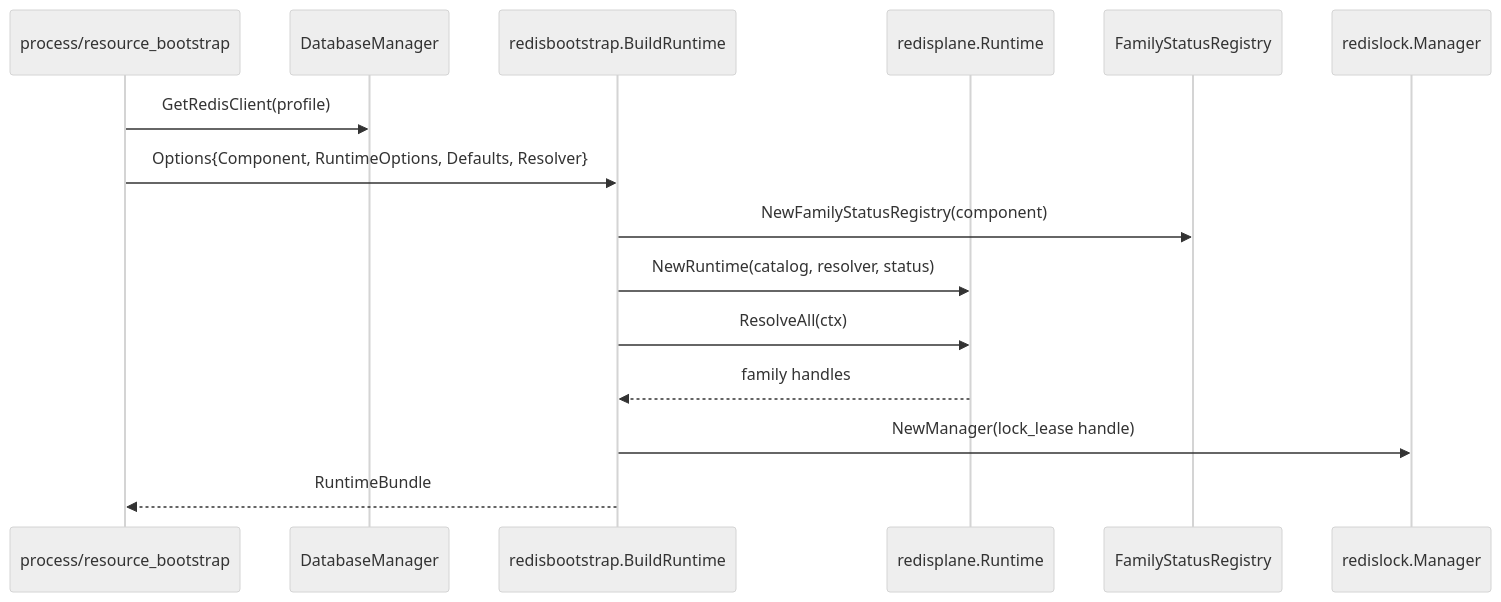
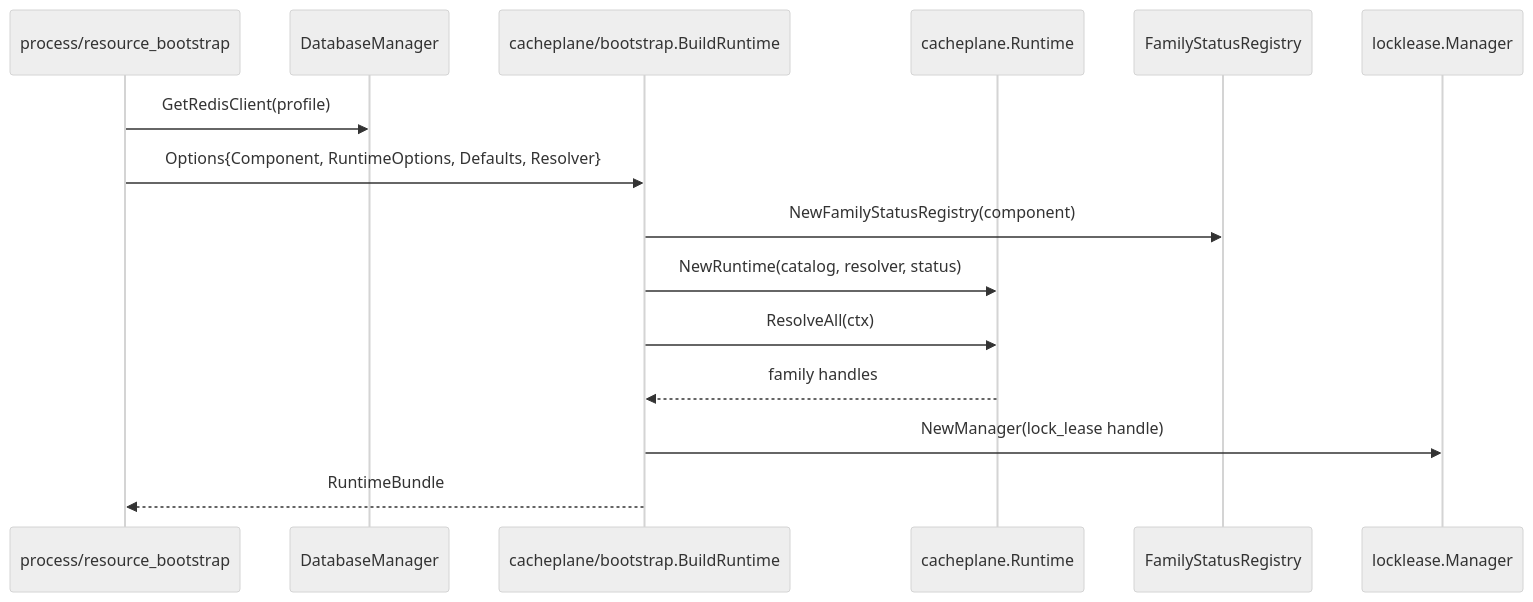
One commit to FangcunMount/qs-server changed the second of 3 diagrams in docs/03-基础设施/redis/01-运行时与Family模型.md. Above: the diagram before and after it, drawn with Mermaid (neutral theme). The commit also changed other lines of this file and 34 other files, not shown here.

````diff
--- a/docs/03-基础设施/redis/01-运行时与Family模型.md
+++ b/docs/03-基础设施/redis/01-运行时与Family模型.md
@@ -56,18 +56,18 @@
 ```mermaid
 sequenceDiagram
     participant P as process/resource_bootstrap
     participant DB as DatabaseManager
-    participant RB as redisbootstrap.BuildRuntime
-    participant RP as redisplane.Runtime
+    participant RB as cacheplane/bootstrap.BuildRuntime
+    participant RP as cacheplane.Runtime
     participant OBS as FamilyStatusRegistry
-    participant LM as redislock.Manager
+    participant LM as locklease.Manager
 
     P->>DB: GetRedisClient(profile)
     P->>RB: Options{Component, RuntimeOptions, Defaults, Resolver}
     RB->>OBS: NewFamilyStatusRegistry(component)
     RB->>RP: NewRuntime(catalog, resolver, status)
     RB->>RP: ResolveAll(ctx)
     RP-->>RB: family handles
     RB->>LM: NewManager(lock_lease handle)
     RB-->>P: RuntimeBundle
 ```
````
